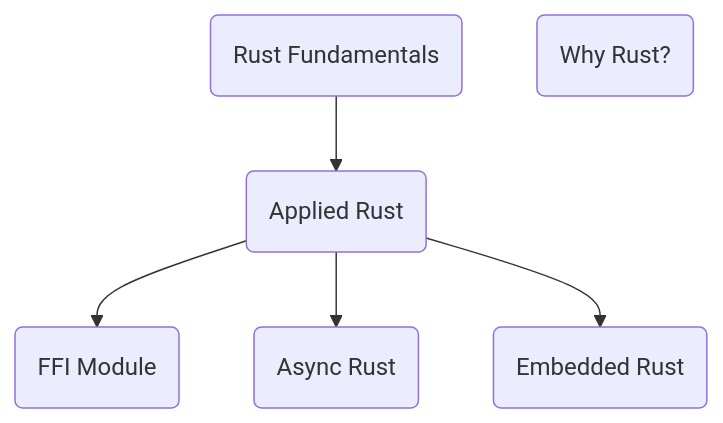
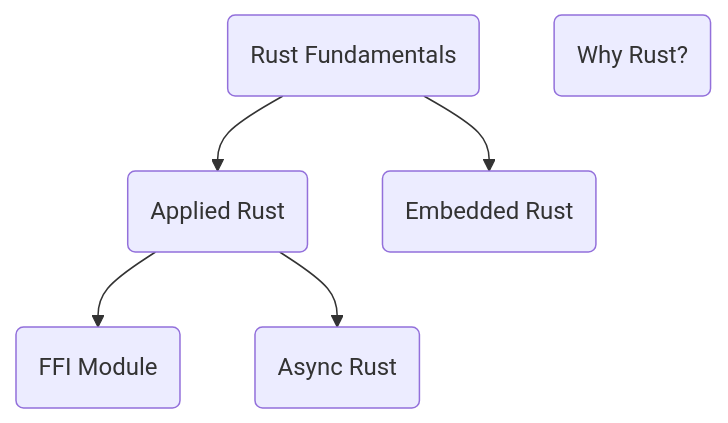
One commit to ferrous-systems/teaching-material2 changed the diagram in src/start_here.md. Above: the diagram before and after it, drawn with Mermaid. The commit also changed 356 other files, not shown here.

````diff
--- a/src/start_here.md
+++ b/src/start_here.md
@@ -7,8 +7,8 @@
 ```mermaid
 graph TD;
     A(Rust Fundamentals)-->B(Applied Rust);
     B-->C(FFI Module);
     B-->D(Async Rust);
-    B-->E(Embedded Rust);
+    A-->E(Embedded Rust);
     F(Why Rust?);
 ```
````
